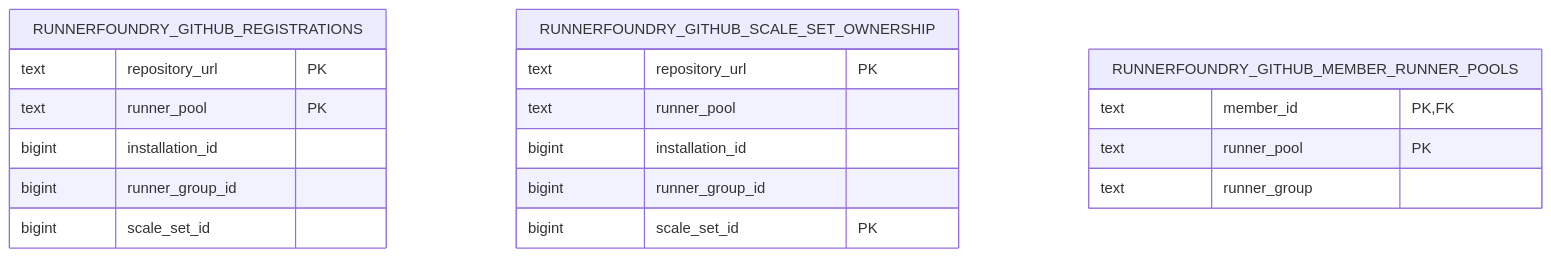
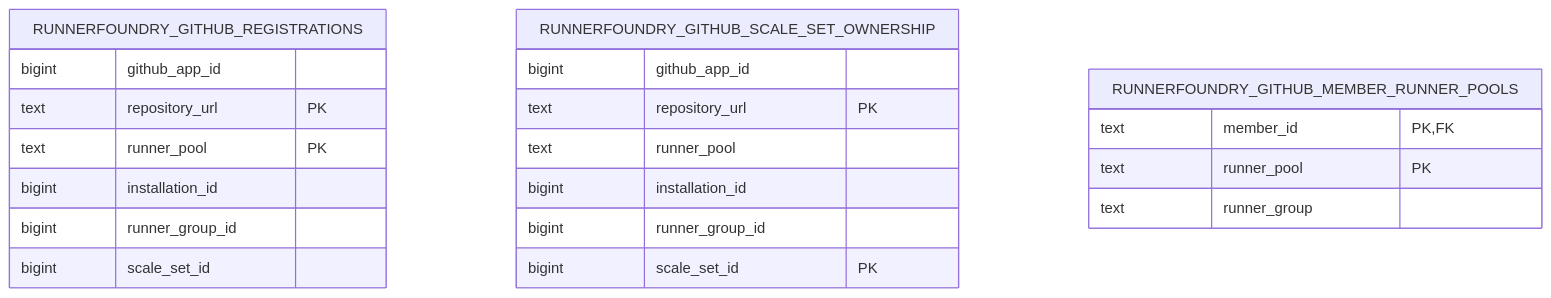
One commit to stateshifters/runnerfoundry changed the diagram in docs/github-adapter.md. Above: the diagram before and after it, drawn with Mermaid. The commit also changed other lines of this file and 51 other files, not shown here.

Commit message:
fix: multiple github app support

````diff
--- a/docs/github-adapter.md
+++ b/docs/github-adapter.md
@@ -76,22 +78,24 @@
 ```mermaid
 erDiagram
     RUNNERFOUNDRY_GITHUB_REGISTRATIONS {
+        bigint github_app_id
         text repository_url PK
         text runner_pool PK
         bigint installation_id
         bigint runner_group_id
         bigint scale_set_id
     }
     RUNNERFOUNDRY_GITHUB_SCALE_SET_OWNERSHIP {
+        bigint github_app_id
         text repository_url PK
         text runner_pool
         bigint installation_id
         bigint runner_group_id
         bigint scale_set_id PK
     }
     RUNNERFOUNDRY_GITHUB_MEMBER_RUNNER_POOLS {
         text member_id PK,FK
         text runner_pool PK
         text runner_group
     }
 ```
````
